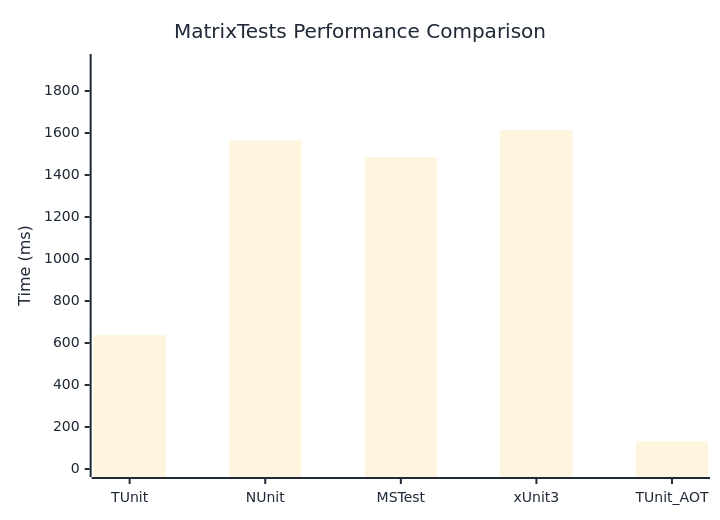
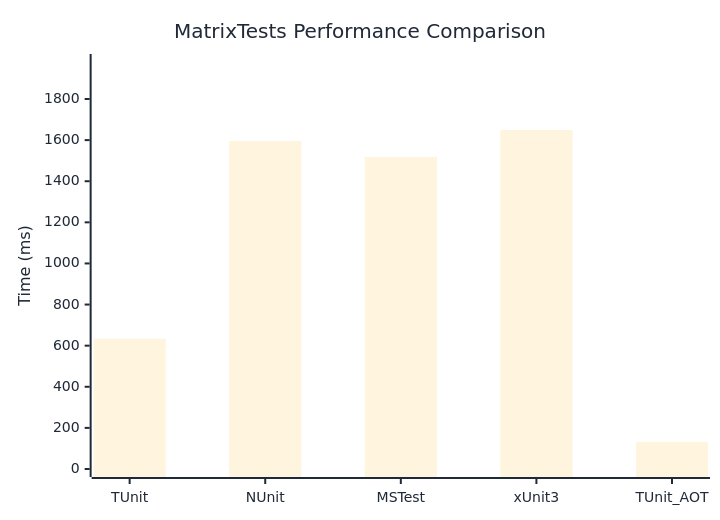
The diagram in docs/docs/benchmarks/MatrixTests.md (thomhurst/TUnit), drawn with Mermaid before and after one commit. The commit also changed other lines of this file and 17 other files, not shown here.

````diff
--- a/docs/docs/benchmarks/MatrixTests.md
+++ b/docs/docs/benchmarks/MatrixTests.md
@@ -27,37 +27,37 @@
 ```mermaid
 %%{init: {
   'theme':'base',
   'themeVariables': {
     'primaryColor': '#2563eb',
     'primaryTextColor': '#1f2937',
     'primaryBorderColor': '#1e40af',
     'lineColor': '#6b7280',
     'secondaryColor': '#7c3aed',
     'tertiaryColor': '#dc2626',
     'background': '#ffffff',
     'mainBkg': '#2563eb',
     'secondBkg': '#7c3aed',
     'tertiaryBkg': '#dc2626',
     'clusterBkg': '#f3f4f6',
     'edgeLabelBackground': '#ffffff',
     'tertiaryTextColor': '#1f2937',
     'pie1': '#2563eb',
     'pie2': '#7c3aed',
     'pie3': '#dc2626',
     'pie4': '#f59e0b',
     'pie5': '#10b981',
     'pie6': '#06b6d4',
     'pie7': '#ec4899',
     'pie8': '#6366f1',
     'pie9': '#84cc16',
     'pie10': '#f97316',
     'pie11': '#14b8a6',
     'pie12': '#a855f7'
   }
 }}%%
 xychart-beta
   title "MatrixTests Performance Comparison"
   x-axis ["TUnit", "NUnit", "MSTest", "xUnit3", "TUnit_AOT"]
-  y-axis "Time (ms)" 0 --> 1938
-  bar [637.5, 1564.2, 1485.9, 1615, 131.7]
+  y-axis "Time (ms)" 0 --> 1980
+  bar [633.9, 1595.5, 1518, 1649.4, 132.1]
 ```
````
